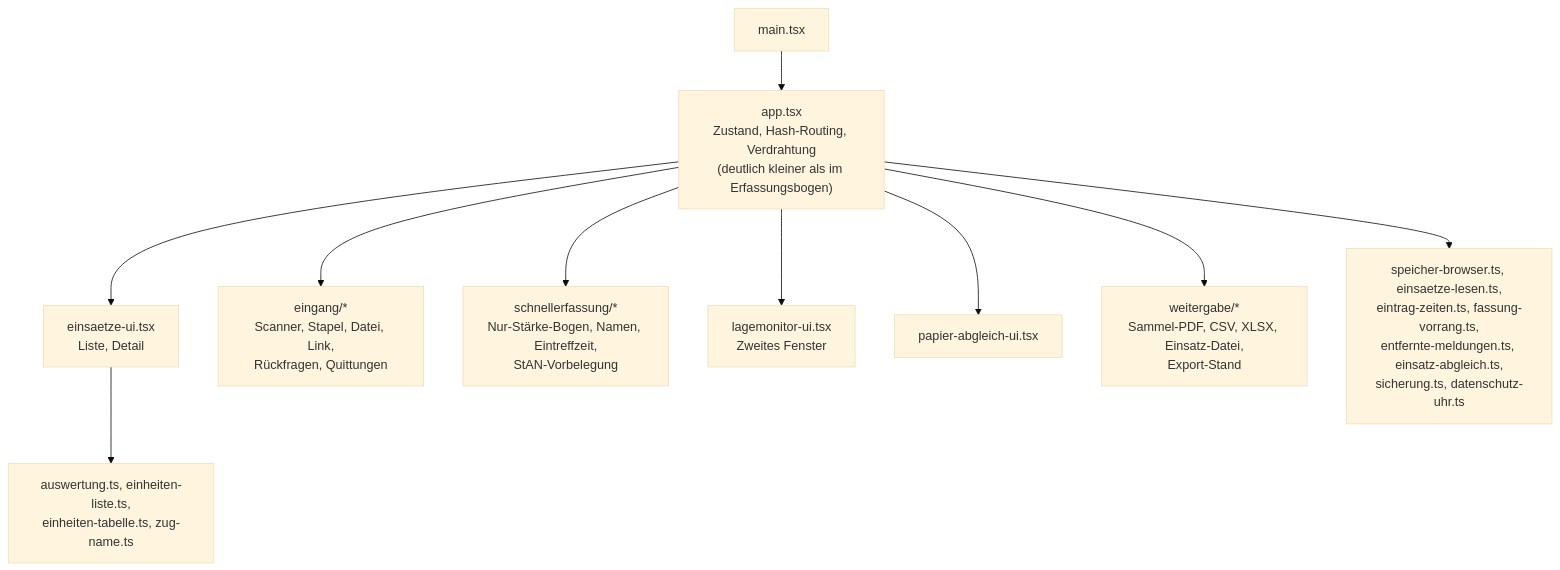
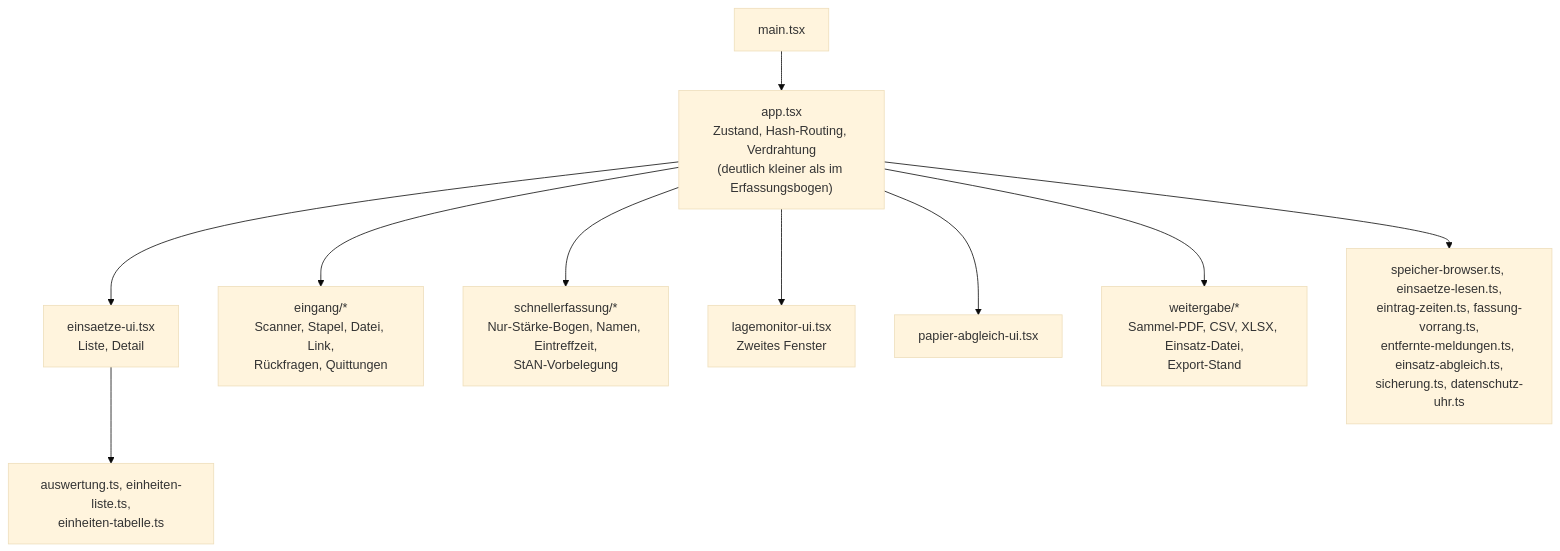
Before and after one commit to wattnpapa/meldekopf: the third of 4 diagrams in docs/architektur.md, drawn with Mermaid (base theme). The commit also changed other lines of this file and 46 other files, not shown here.

````diff
--- a/docs/architektur.md
+++ b/docs/architektur.md
@@ -217,12 +217,12 @@
 ```mermaid
 flowchart TB
   main["main.tsx"] --> app["app.tsx<br/>Zustand, Hash-Routing, Verdrahtung<br/>(deutlich kleiner als im Erfassungsbogen)"]
   app --> liste["einsaetze-ui.tsx<br/>Liste, Detail"]
   app --> eingang["eingang/*<br/>Scanner, Stapel, Datei, Link,<br/>Rückfragen, Quittungen"]
   app --> schnell["schnellerfassung/*<br/>Nur-Stärke-Bogen, Namen, Eintreffzeit,<br/>StAN-Vorbelegung"]
   app --> lage["lagemonitor-ui.tsx<br/>Zweites Fenster"]
   app --> papier["papier-abgleich-ui.tsx"]
   app --> export["weitergabe/*<br/>Sammel-PDF, CSV, XLSX, Einsatz-Datei,<br/>Export-Stand"]
   app --> persist["speicher-browser.ts, einsaetze-lesen.ts,<br/>eintrag-zeiten.ts, fassung-vorrang.ts,<br/>entfernte-meldungen.ts, einsatz-abgleich.ts,<br/>sicherung.ts, datenschutz-uhr.ts"]
-  liste --> ausw["auswertung.ts, einheiten-liste.ts,<br/>einheiten-tabelle.ts, zug-name.ts"]
+  liste --> ausw["auswertung.ts, einheiten-liste.ts,<br/>einheiten-tabelle.ts"]
 ```
````
